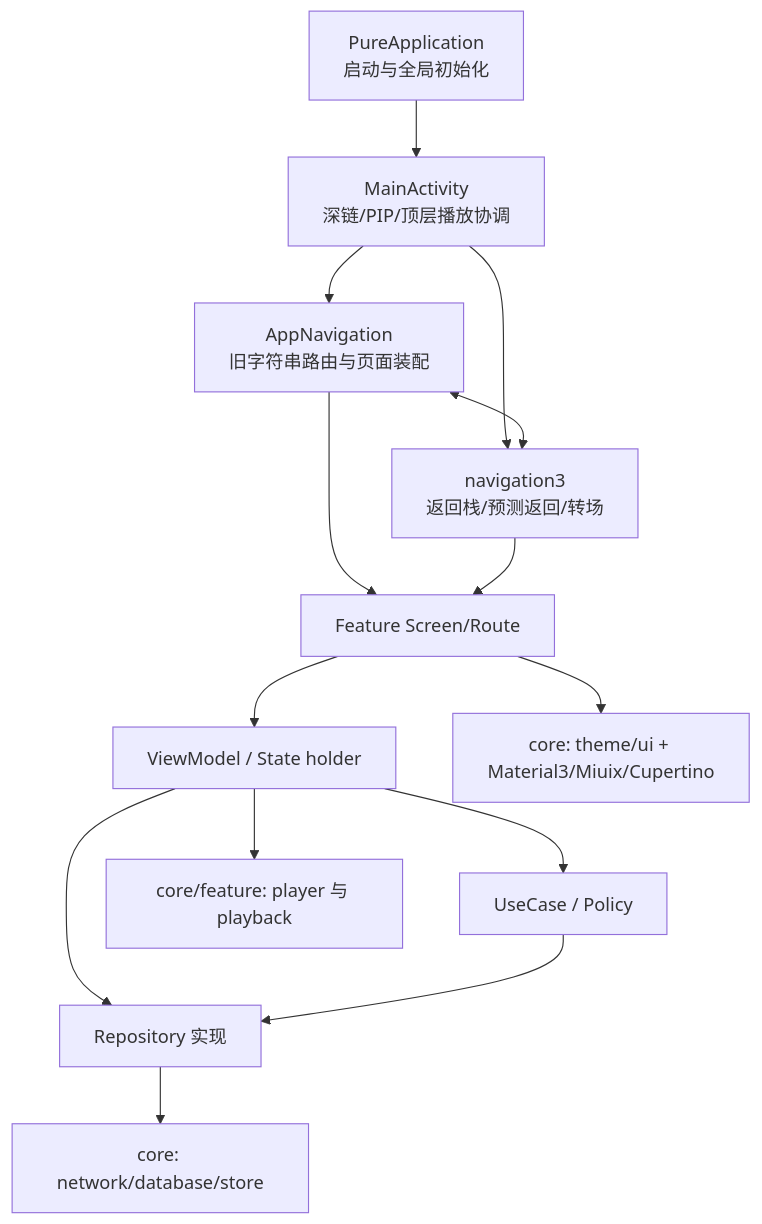
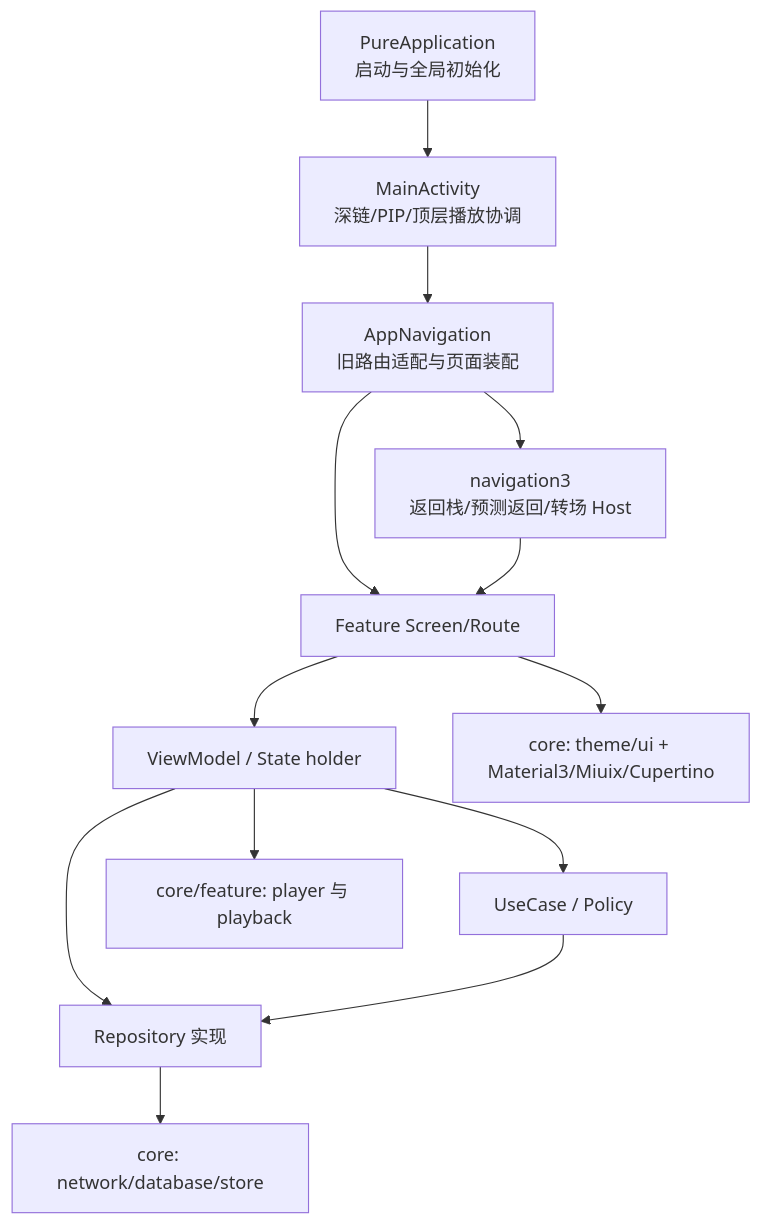
The second of 4 diagrams in docs/wiki/ARCHITECTURE.md (Piracola/BiliPai-miuix), drawn with Mermaid before and after one commit. The commit also changed other lines of this file and 7 other files, not shown here.

````diff
--- a/docs/wiki/ARCHITECTURE.md
+++ b/docs/wiki/ARCHITECTURE.md
@@ -39,16 +40,15 @@
 ```mermaid
 flowchart TD
     APPLICATION["PureApplication\n启动与全局初始化"] --> ACTIVITY["MainActivity\n深链/PIP/顶层播放协调"]
-    ACTIVITY --> LEGACY["AppNavigation\n旧字符串路由与页面装配"]
-    ACTIVITY --> NAV3["navigation3\n返回栈/预测返回/转场"]
-    LEGACY <--> NAV3
+    ACTIVITY --> LEGACY["AppNavigation\n旧路由适配与页面装配"]
+    LEGACY --> NAV3["navigation3\n返回栈/预测返回/转场 Host"]
     LEGACY --> SCREEN["Feature Screen/Route"]
     NAV3 --> SCREEN
     SCREEN --> VM["ViewModel / State holder"]
     VM --> USECASE["UseCase / Policy"]
     VM --> REPOSITORY["Repository 实现"]
     USECASE --> REPOSITORY
     REPOSITORY --> INFRA["core: network/database/store"]
     VM --> PLAYER["core/feature: player 与 playback"]
     SCREEN --> UI["core: theme/ui + Material3/Miuix/Cupertino"]
 ```
````
